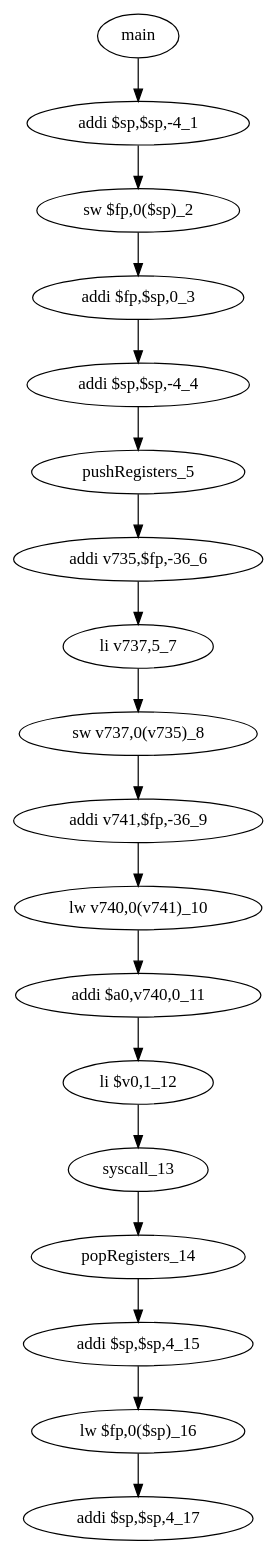
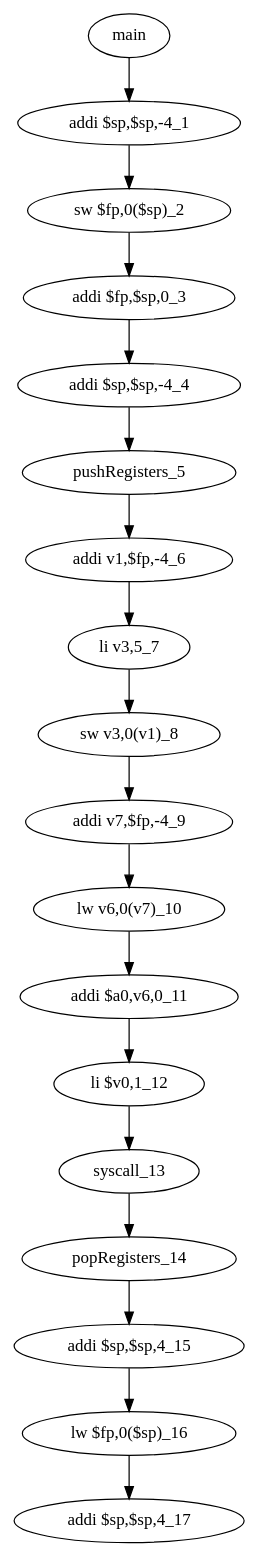
One commit to AidanGoldfarb/CtoMIPS changed the diagram in cfg.dot. Above: the diagram before and after it, drawn with Graphviz. The commit also changed 4 other files, not shown here.

```diff
--- a/cfg.dot
+++ b/cfg.dot
@@ -1,3 +1,3 @@
 digraph {
-"main" -> "addi $sp,$sp,-4_1" -> "sw $fp,0($sp)_2" -> "addi $fp,$sp,0_3" -> "addi $sp,$sp,-4_4" -> "pushRegisters_5" -> "addi v735,$fp,-36_6" -> "li v737,5_7" -> "sw v737,0(v735)_8" -> "addi v741,$fp,-36_9" -> "lw v740,0(v741)_10" -> "addi $a0,v740,0_11" -> "li $v0,1_12" -> "syscall_13" -> "popRegisters_14" -> "addi $sp,$sp,4_15" -> "lw $fp,0($sp)_16" -> "addi $sp,$sp,4_17"
+"main" -> "addi $sp,$sp,-4_1" -> "sw $fp,0($sp)_2" -> "addi $fp,$sp,0_3" -> "addi $sp,$sp,-4_4" -> "pushRegisters_5" -> "addi v1,$fp,-4_6" -> "li v3,5_7" -> "sw v3,0(v1)_8" -> "addi v7,$fp,-4_9" -> "lw v6,0(v7)_10" -> "addi $a0,v6,0_11" -> "li $v0,1_12" -> "syscall_13" -> "popRegisters_14" -> "addi $sp,$sp,4_15" -> "lw $fp,0($sp)_16" -> "addi $sp,$sp,4_17"
 }
```
